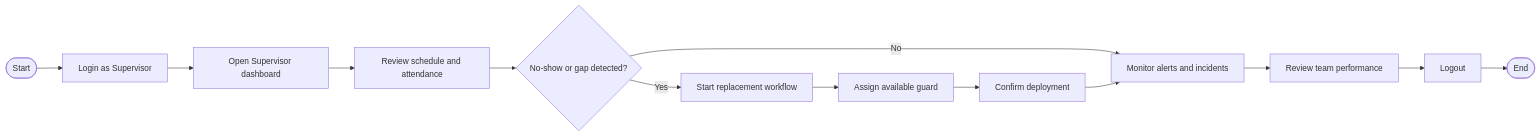
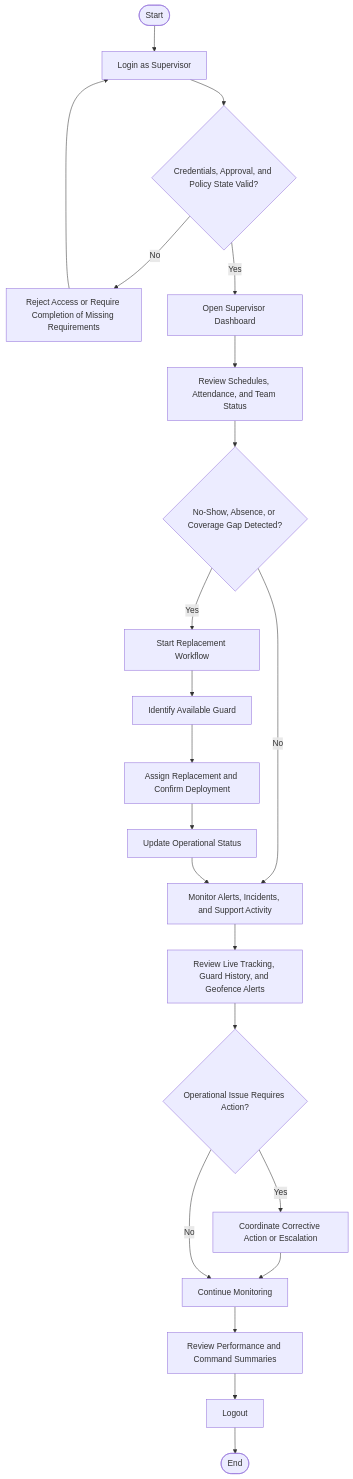
The fourth of 6 diagrams in SENTINEL - Group 8.md (dwaytu/Capstone-Main), drawn with Mermaid before and after one commit. The commit also changed other lines of this file, not shown here.

````diff
--- a/SENTINEL - Group 8.md
+++ b/SENTINEL - Group 8.md
@@ -1426,15 +1429,24 @@
 ```mermaid
-flowchart LR
+flowchart TD
 	A([Start]) --> B[Login as Supervisor]
-	B --> C[Open Supervisor dashboard]
-	C --> D[Review schedule and attendance]
-	D --> E{No-show or gap detected?}
-	E -- Yes --> F[Start replacement workflow]
-	F --> G[Assign available guard]
-	G --> H[Confirm deployment]
-	E -- No --> I[Monitor alerts and incidents]
-	H --> I
-	I --> J[Review team performance]
-	J --> K[Logout]
-	K --> L([End])
+	B --> C{Credentials, Approval, and Policy State Valid?}
+	C -- No --> D[Reject Access or Require Completion of Missing Requirements]
+	D --> B
+	C -- Yes --> E[Open Supervisor Dashboard]
+	E --> F[Review Schedules, Attendance, and Team Status]
+	F --> G{No-Show, Absence, or Coverage Gap Detected?}
+	G -- Yes --> H[Start Replacement Workflow]
+	H --> I[Identify Available Guard]
+	I --> J[Assign Replacement and Confirm Deployment]
+	J --> K[Update Operational Status]
+	G -- No --> L[Monitor Alerts, Incidents, and Support Activity]
+	K --> L
+	L --> M[Review Live Tracking, Guard History, and Geofence Alerts]
+	M --> N{Operational Issue Requires Action?}
+	N -- Yes --> O[Coordinate Corrective Action or Escalation]
+	O --> P[Record Decision and Continue Monitoring]
+	N -- No --> P[Continue Monitoring]
+	P --> Q[Review Performance and Command Summaries]
+	Q --> R[Logout]
+	R --> S([End])
 ```
````
